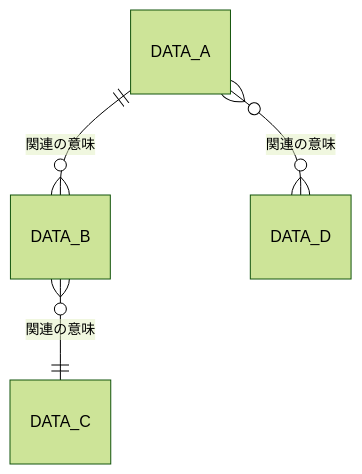
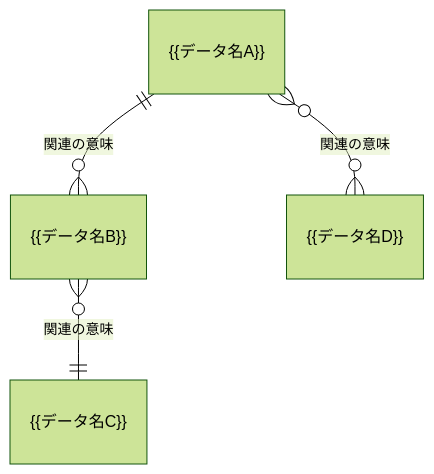
The diagram in .github/skills/requirements/templates/data_requirements.md (shun-sa/ai-sdlc-copilot), drawn with Mermaid (forest theme) before and after one commit. The commit also changed other lines of this file and 16 other files, not shown here.

````diff
--- a/.github/skills/requirements/templates/data_requirements.md
+++ b/.github/skills/requirements/templates/data_requirements.md
@@ -85,6 +85,6 @@
 ```mermaid
 erDiagram
-    DATA_A ||--o{ DATA_B : "関連の意味"
-    DATA_B }o--|| DATA_C : "関連の意味"
-    DATA_A }o--o{ DATA_D : "関連の意味"
+    "{{データ名A}}" ||--o{ "{{データ名B}}" : "関連の意味"
+    "{{データ名B}}" }o--|| "{{データ名C}}" : "関連の意味"
+    "{{データ名A}}" }o--o{ "{{データ名D}}" : "関連の意味"
 ```
````
